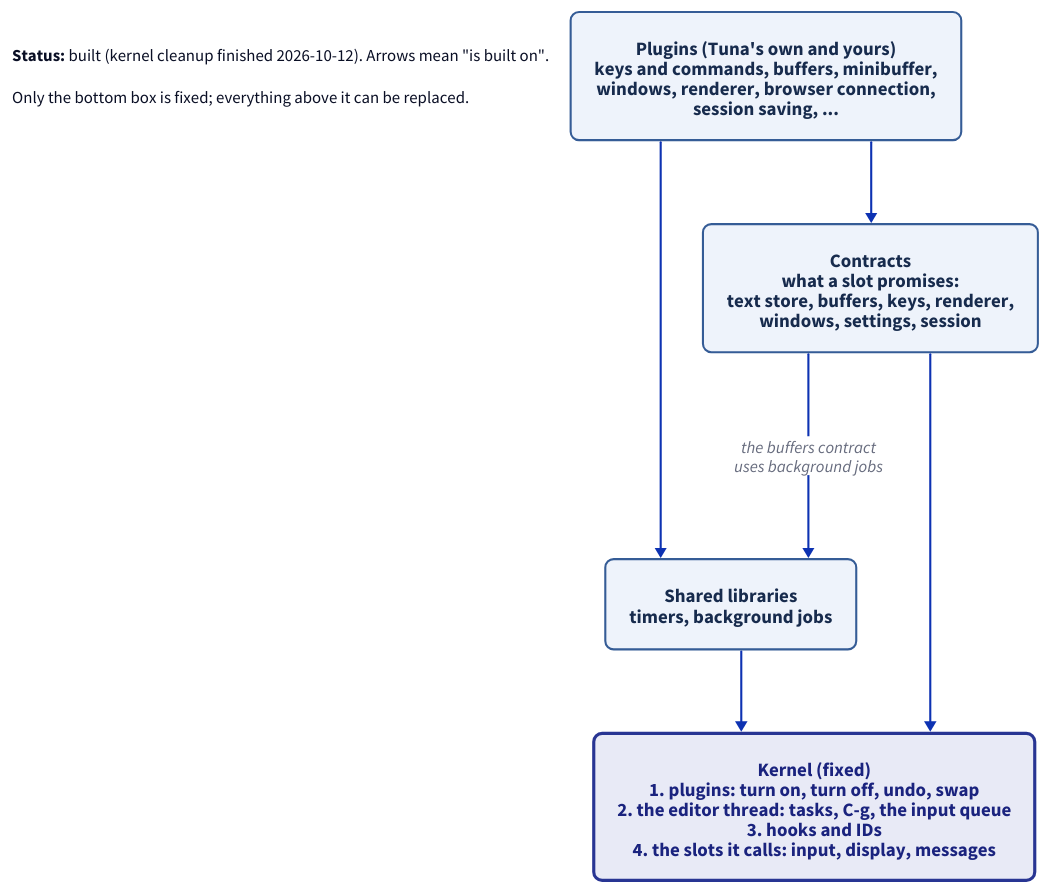
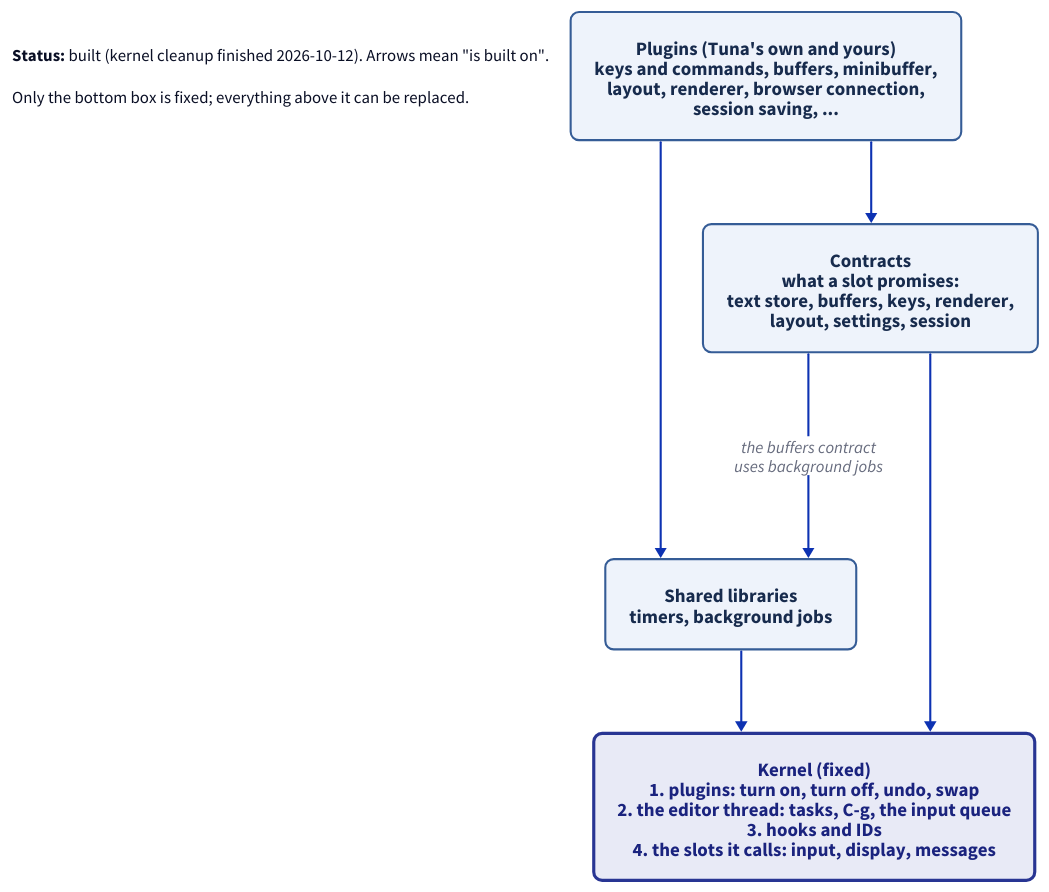
One commit to jaybonthius/tuna changed the diagram in docs/diagrams/kernel-layers.d2. Above: the diagram before and after it, drawn with D2. The commit also changed 13 other files, not shown here.

```diff
--- a/docs/diagrams/kernel-layers.d2
+++ b/docs/diagrams/kernel-layers.d2
@@ -1,47 +1,47 @@
 # What is in the kernel, and what sits on top of it?
 vars: {
   d2-config: {
     layout-engine: elk
     theme-id: 0
   }
 }
 direction: down
 
 classes: {
   kernel: {
     style: {
       fill: "#e8eaf6"
       stroke: "#283593"
       font-color: "#1a237e"
       border-radius: 8
       stroke-width: 3
       font-size: 18
     }
   }
   layer: {
     style: {
       fill: "#eef3fb"
       stroke: "#355c96"
       font-color: "#172b4d"
       border-radius: 8
       font-size: 18
     }
   }
 }
 
 legend: |md
   **Status:** built (kernel cleanup finished 2026-10-12). Arrows mean "is built on".
 
   Only the bottom box is fixed; everything above it can be replaced.
 |
 
-plugins: "Plugins (Tuna's own and yours)\nkeys and commands, buffers, minibuffer,\nwindows, renderer, browser connection,\nsession saving, ..." {class: layer}
-contracts: "Contracts\nwhat a slot promises:\ntext store, buffers, keys, renderer,\nwindows, settings, session" {class: layer}
+plugins: "Plugins (Tuna's own and yours)\nkeys and commands, buffers, minibuffer,\nlayout, renderer, browser connection,\nsession saving, ..." {class: layer}
+contracts: "Contracts\nwhat a slot promises:\ntext store, buffers, keys, renderer,\nlayout, settings, session" {class: layer}
 libraries: "Shared libraries\ntimers, background jobs" {class: layer}
 kernel: "Kernel (fixed)\n1. plugins: turn on, turn off, undo, swap\n2. the editor thread: tasks, C-g, the input queue\n3. hooks and IDs\n4. the slots it calls: input, display, messages" {class: kernel}
 
 plugins -> contracts
 plugins -> libraries
 contracts -> libraries: "the buffers contract\nuses background jobs"
 contracts -> kernel
 libraries -> kernel
```
